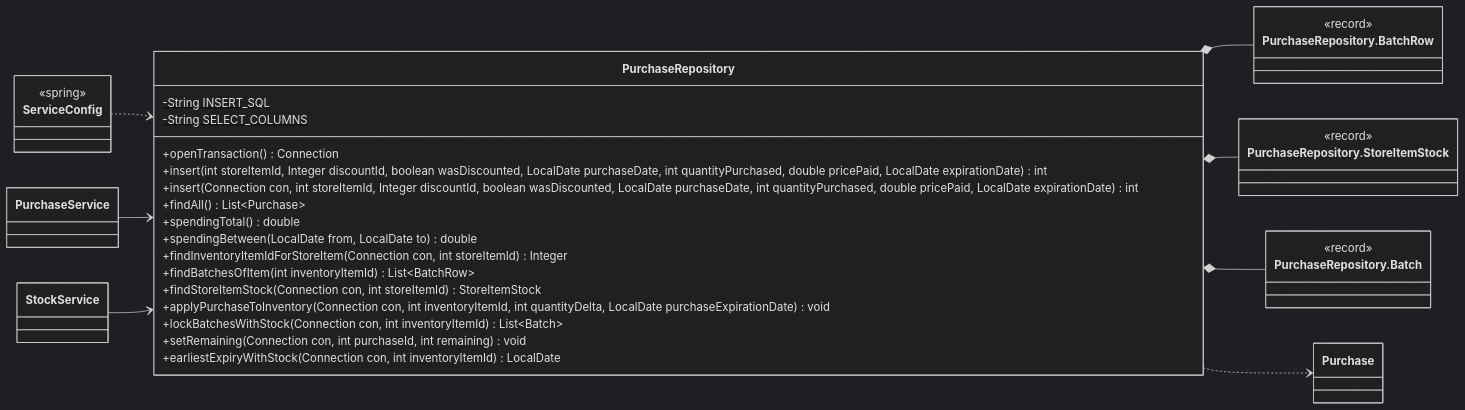
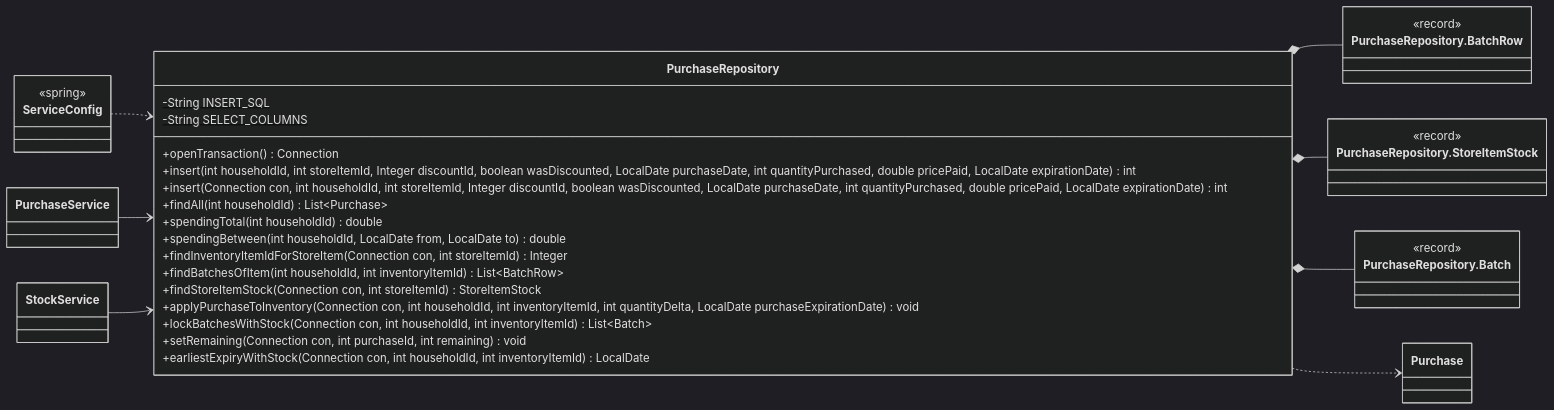
One commit to Nate-ryan-7690/dahaem changed the third of 10 diagrams in docs/classes/finance.md. Above: the diagram before and after it, drawn with Mermaid (dark theme). The commit also changed other lines of this file and 5 other files, not shown here.

````diff
--- a/docs/classes/finance.md
+++ b/docs/classes/finance.md
@@ -132,43 +132,43 @@
 ```mermaid
 classDiagram
     direction LR
     class finance_PurchaseRepository["PurchaseRepository"] {
         -String INSERT_SQL$
         -String SELECT_COLUMNS$
         +openTransaction() Connection
-        +insert(int storeItemId, Integer discountId, boolean wasDiscounted, LocalDate purchaseDate, int quantityPurchased, double pricePaid, LocalDate expirationDate) int
-        +insert(Connection con, int storeItemId, Integer discountId, boolean wasDiscounted, LocalDate purchaseDate, int quantityPurchased, double pricePaid, LocalDate expirationDate) int
-        +findAll() List~Purchase~
-        +spendingTotal() double
-        +spendingBetween(LocalDate from, LocalDate to) double
+        +insert(int householdId, int storeItemId, Integer discountId, boolean wasDiscounted, LocalDate purchaseDate, int quantityPurchased, double pricePaid, LocalDate expirationDate) int
+        +insert(Connection con, int householdId, int storeItemId, Integer discountId, boolean wasDiscounted, LocalDate purchaseDate, int quantityPurchased, double pricePaid, LocalDate expirationDate) int
+        +findAll(int householdId) List~Purchase~
+        +spendingTotal(int householdId) double
+        +spendingBetween(int householdId, LocalDate from, LocalDate to) double
         +findInventoryItemIdForStoreItem(Connection con, int storeItemId) Integer
-        +findBatchesOfItem(int inventoryItemId) List~BatchRow~
+        +findBatchesOfItem(int householdId, int inventoryItemId) List~BatchRow~
         +findStoreItemStock(Connection con, int storeItemId) StoreItemStock
-        +applyPurchaseToInventory(Connection con, int inventoryItemId, int quantityDelta, LocalDate purchaseExpirationDate) void
-        +lockBatchesWithStock(Connection con, int inventoryItemId) List~Batch~
+        +applyPurchaseToInventory(Connection con, int householdId, int inventoryItemId, int quantityDelta, LocalDate purchaseExpirationDate) void
+        +lockBatchesWithStock(Connection con, int householdId, int inventoryItemId) List~Batch~
         +setRemaining(Connection con, int purchaseId, int remaining) void
-        +earliestExpiryWithStock(Connection con, int inventoryItemId) LocalDate
+        +earliestExpiryWithStock(Connection con, int householdId, int inventoryItemId) LocalDate
     }
     class finance_PurchaseRepository_BatchRow["PurchaseRepository.BatchRow"] {
         <<record>>
     }
     class finance_PurchaseRepository_StoreItemStock["PurchaseRepository.StoreItemStock"] {
         <<record>>
     }
     class finance_PurchaseRepository_Batch["PurchaseRepository.Batch"] {
         <<record>>
     }
     class finance_PurchaseService["PurchaseService"]
     class finance_StockService["StockService"]
     class finance_Purchase["Purchase"]
     class api_ServiceConfig["ServiceConfig"] {
         <<spring>>
     }
     finance_PurchaseRepository *-- finance_PurchaseRepository_BatchRow
     finance_PurchaseRepository *-- finance_PurchaseRepository_StoreItemStock
     finance_PurchaseRepository *-- finance_PurchaseRepository_Batch
     finance_PurchaseRepository ..> finance_Purchase
     api_ServiceConfig ..> finance_PurchaseRepository
     finance_PurchaseService --> finance_PurchaseRepository
     finance_StockService --> finance_PurchaseRepository
 ```
````
